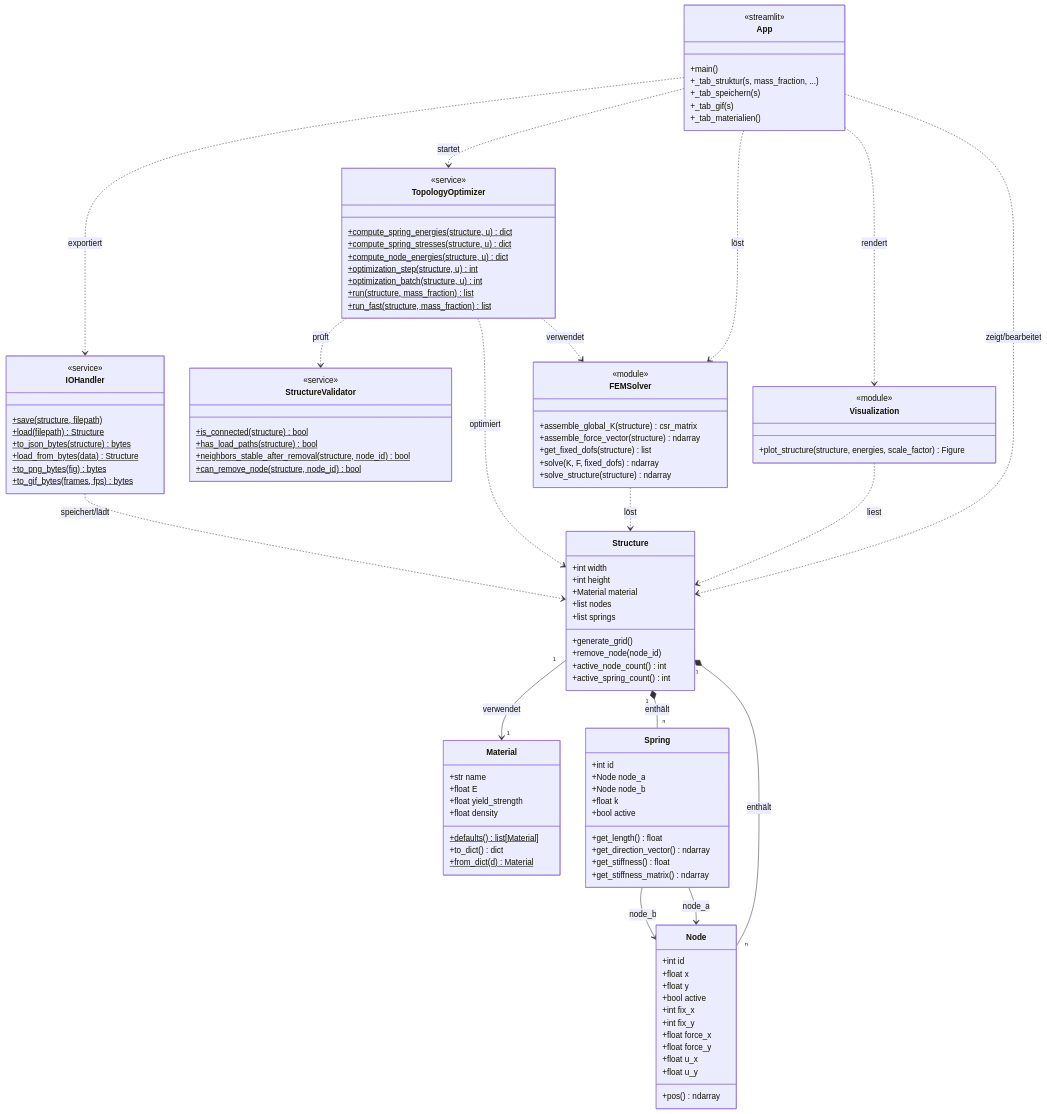
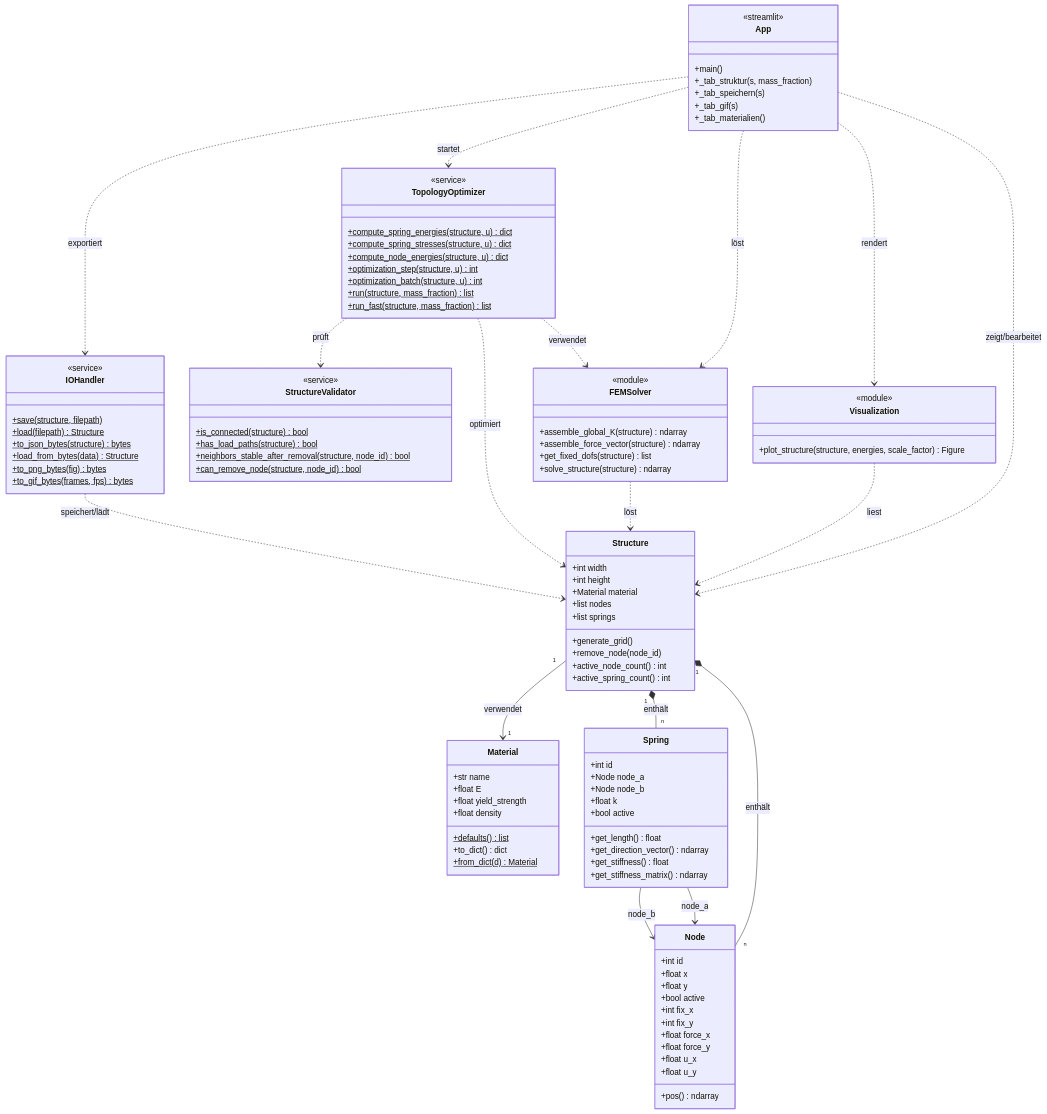
One commit to florian-her/topology-optimization changed the diagram in README.md. Above: the diagram before and after it, drawn with Mermaid. The commit also changed 4 other files, not shown here.

```diff
--- a/README.md
+++ b/README.md
@@ -38,9 +38,9 @@
         +float E
         +float yield_strength
         +float density
-        +defaults()$ list[Material]
+        +defaults() list$
         +to_dict() dict
-        +from_dict(d)$ Material
+        +from_dict(d) Material$
     }
 
     class Node {
@@ -83,40 +83,39 @@
 
     class FEMSolver {
         <<module>>
-        +assemble_global_K(structure) csr_matrix
+        +assemble_global_K(structure) ndarray
         +assemble_force_vector(structure) ndarray
         +get_fixed_dofs(structure) list
-        +solve(K, F, fixed_dofs) ndarray
         +solve_structure(structure) ndarray
     }
 
     class TopologyOptimizer {
         <<service>>
-        +compute_spring_energies(structure, u)$ dict
-        +compute_spring_stresses(structure, u)$ dict
-        +compute_node_energies(structure, u)$ dict
-        +optimization_step(structure, u)$ int
-        +optimization_batch(structure, u)$ int
-        +run(structure, mass_fraction)$ list
-        +run_fast(structure, mass_fraction)$ list
+        +compute_spring_energies(structure, u) dict$
+        +compute_spring_stresses(structure, u) dict$
+        +compute_node_energies(structure, u) dict$
+        +optimization_step(structure, u) int$
+        +optimization_batch(structure, u) int$
+        +run(structure, mass_fraction) list$
+        +run_fast(structure, mass_fraction) list$
     }
 
     class StructureValidator {
         <<service>>
-        +is_connected(structure)$ bool
-        +has_load_paths(structure)$ bool
-        +neighbors_stable_after_removal(structure, node_id)$ bool
-        +can_remove_node(structure, node_id)$ bool
+        +is_connected(structure) bool$
+        +has_load_paths(structure) bool$
+        +neighbors_stable_after_removal(structure, node_id) bool$
+        +can_remove_node(structure, node_id) bool$
     }
 
     class IOHandler {
         <<service>>
         +save(structure, filepath)$
-        +load(filepath)$ Structure
-        +to_json_bytes(structure)$ bytes
-        +load_from_bytes(data)$ Structure
-        +to_png_bytes(fig)$ bytes
-        +to_gif_bytes(frames, fps)$ bytes
+        +load(filepath) Structure$
+        +to_json_bytes(structure) bytes$
+        +load_from_bytes(data) Structure$
+        +to_png_bytes(fig) bytes$
+        +to_gif_bytes(frames, fps) bytes$
     }
 
     class Visualization {
@@ -127,7 +126,7 @@
     class App {
         <<streamlit>>
         +main()
-        +_tab_struktur(s, mass_fraction, ...)
+        +_tab_struktur(s, mass_fraction)
         +_tab_speichern(s)
         +_tab_gif(s)
         +_tab_materialien()
```
